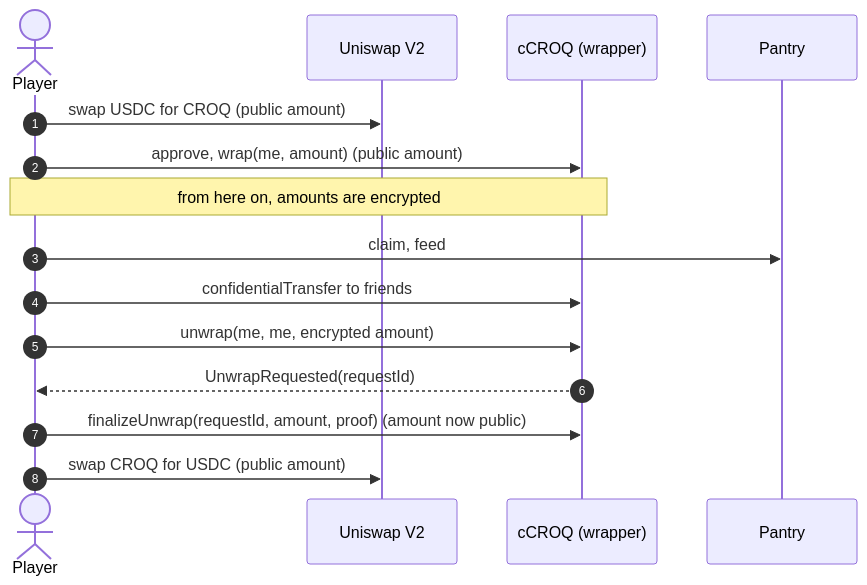
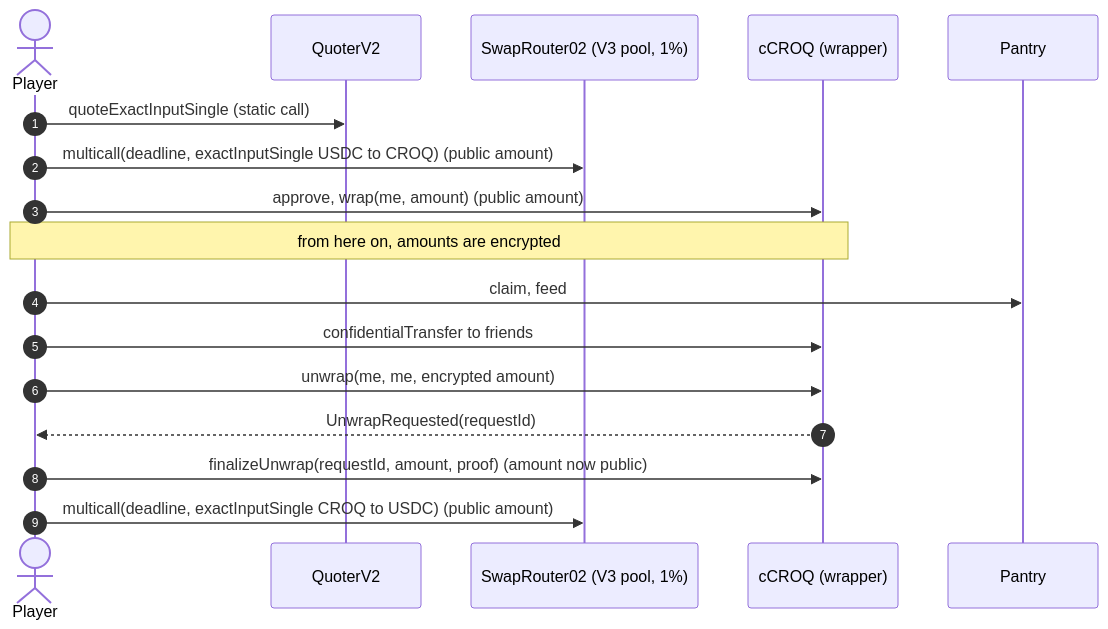
The second of 6 diagrams in docs/CROQ.md (jecombe/do_not_open), drawn with Mermaid before and after one commit. The commit also changed other lines of this file and 58 other files, not shown here.

Commit message:
Open the CROQ market as a CROQ-only Uniswap V3 position locked for good, and redeploy the collection on Sepolia

````diff
--- a/docs/CROQ.md
+++ b/docs/CROQ.md
@@ -318,17 +340,19 @@
 ```mermaid
 sequenceDiagram
   autonumber
   actor P as Player
-  participant U as Uniswap V2
+  participant Q as QuoterV2
+  participant U as SwapRouter02 (V3 pool, 1%)
   participant W as cCROQ (wrapper)
   participant Pa as Pantry
-  P->>U: swap USDC for CROQ (public amount)
+  P->>Q: quoteExactInputSingle (static call)
+  P->>U: multicall(deadline, exactInputSingle USDC to CROQ) (public amount)
   P->>W: approve, wrap(me, amount) (public amount)
   Note over P,W: from here on, amounts are encrypted
   P->>Pa: claim, feed
   P->>W: confidentialTransfer to friends
   P->>W: unwrap(me, me, encrypted amount)
   W-->>P: UnwrapRequested(requestId)
   P->>W: finalizeUnwrap(requestId, amount, proof) (amount now public)
-  P->>U: swap CROQ for USDC (public amount)
+  P->>U: multicall(deadline, exactInputSingle CROQ to USDC) (public amount)
 ```
````
